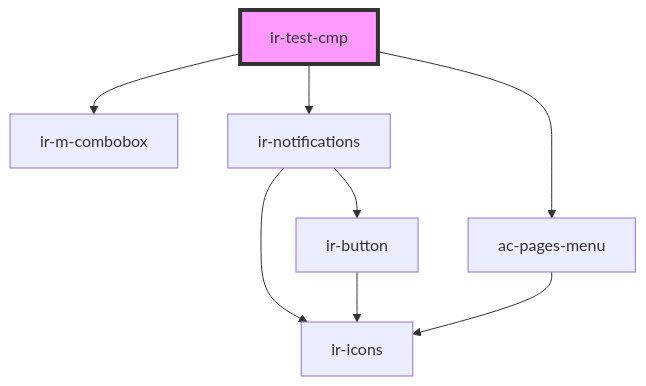
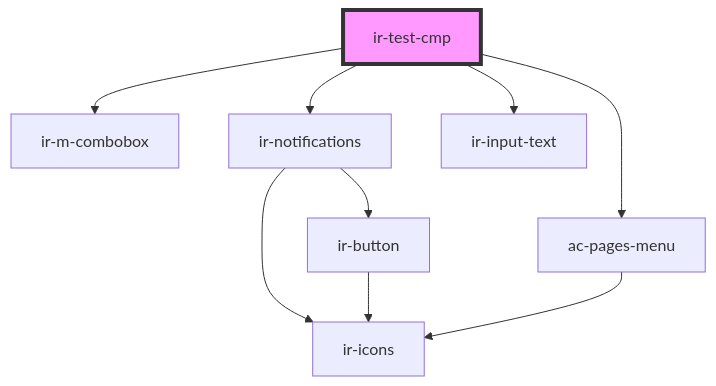
One commit to RonyRizk/ir-webcmp changed the diagram in src/components/ir-test-cmp/readme.md. Above: the diagram before and after it, drawn with Mermaid. The commit also changed other lines of this file and 9 other files, not shown here.

````diff
--- a/src/components/ir-test-cmp/readme.md
+++ b/src/components/ir-test-cmp/readme.md
@@ -17,11 +18,12 @@
 ```mermaid
 graph TD;
   ir-test-cmp --> ir-m-combobox
   ir-test-cmp --> ir-notifications
   ir-test-cmp --> ac-pages-menu
+  ir-test-cmp --> ir-input-text
   ir-notifications --> ir-button
   ir-notifications --> ir-icons
   ir-button --> ir-icons
   ac-pages-menu --> ir-icons
   style ir-test-cmp fill:#f9f,stroke:#333,stroke-width:4px
 ```
````
